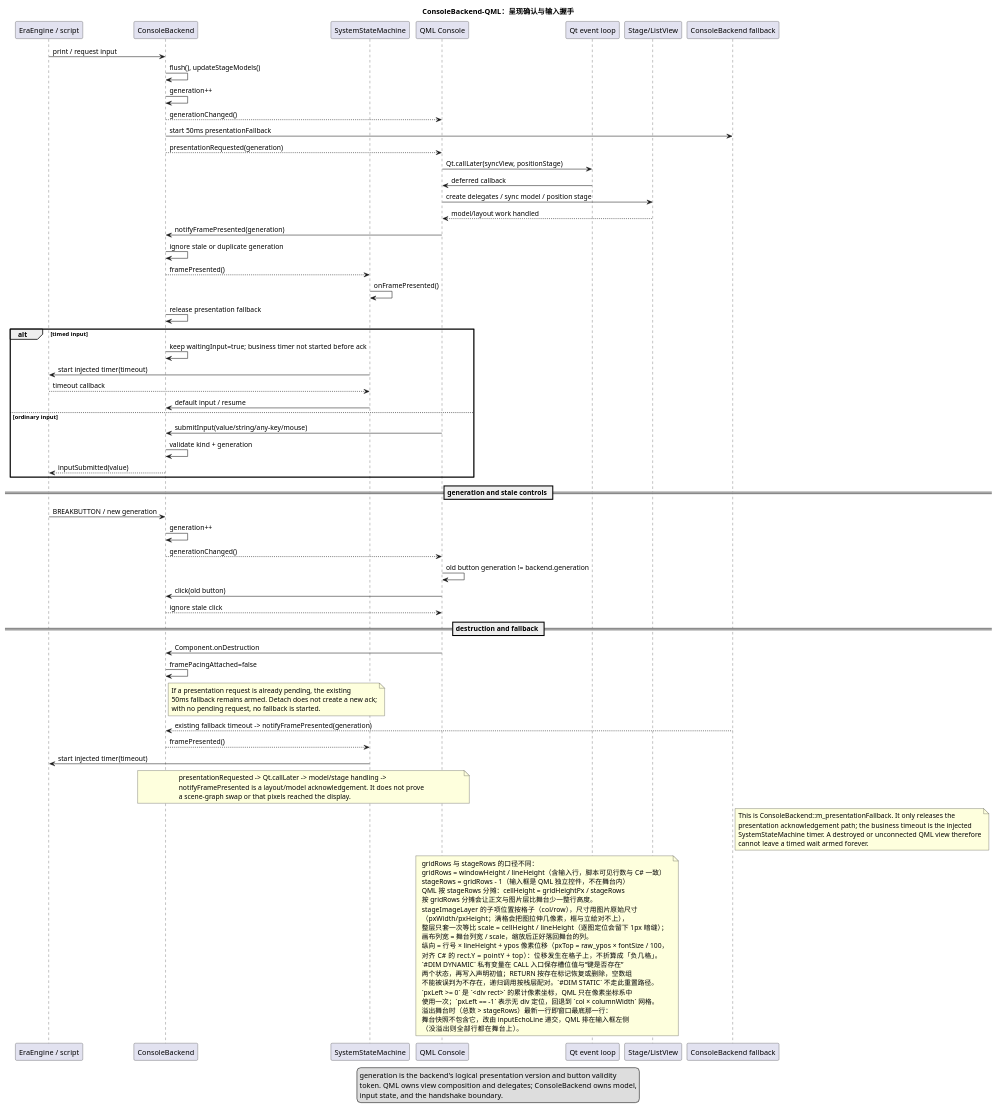
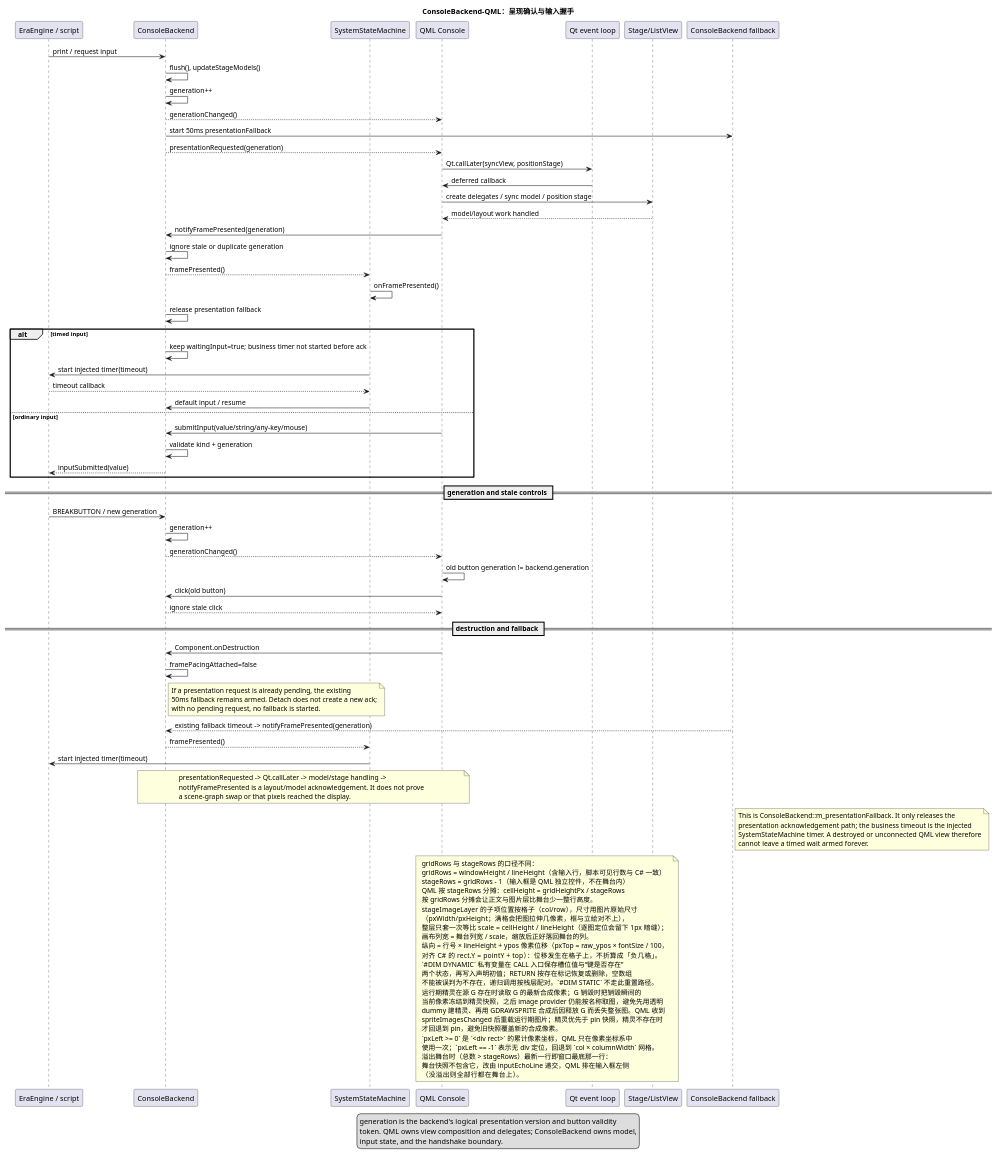
Before and after one commit to yigekuyou/qt-eraemu: the diagram in docs/uml/15-console-qml-handshake.puml, drawn with PlantUML. The commit also changed 13 other files, not shown here.

```diff
--- a/docs/uml/15-console-qml-handshake.puml
+++ b/docs/uml/15-console-qml-handshake.puml
@@ -1,104 +1,109 @@
 @startuml 15-console-qml-handshake
 !pragma layout smetana
 ' ConsoleBackend 与 QML 的 presentation/input 握手。
 ' 来源：GameView/console_backend.h/.cpp, qml/Console.qml, qml/ConsoleBlock.qml
 
 title ConsoleBackend-QML：呈现确认与输入握手
 
 participant "EraEngine / script" as E
 participant "ConsoleBackend" as B
 participant "SystemStateMachine" as S
 participant "QML Console" as C
 participant "Qt event loop" as Qt
 participant "Stage/ListView" as V
 participant "ConsoleBackend fallback" as F
 
 E -> B : print / request input
 B -> B : flush(), updateStageModels()
 B -> B : generation++
 B --> C : generationChanged()
 B -> F : start 50ms presentationFallback
 B --> C : presentationRequested(generation)
 C -> Qt : Qt.callLater(syncView, positionStage)
 Qt -> C : deferred callback
 C -> V : create delegates / sync model / position stage
 V --> C : model/layout work handled
 C -> B : notifyFramePresented(generation)
 B -> B : ignore stale or duplicate generation
 B --> S : framePresented()
 S -> S : onFramePresented()
 B -> B : release presentation fallback
 
 alt timed input
   B -> B : keep waitingInput=true; business timer not started before ack
   S -> E : start injected timer(timeout)
   E --> S : timeout callback
   S -> B : default input / resume
 else ordinary input
   C -> B : submitInput(value/string/any-key/mouse)
   B -> B : validate kind + generation
   B --> E : inputSubmitted(value)
 end
 
 == generation and stale controls ==
 E -> B : BREAKBUTTON / new generation
 B -> B : generation++
 B --> C : generationChanged()
 C -> C : old button generation != backend.generation
 C -> B : click(old button)
 B --> C : ignore stale click
 
 == destruction and fallback ==
 C -> B : Component.onDestruction
 B -> B : framePacingAttached=false
 note right of B
   If a presentation request is already pending, the existing
   50ms fallback remains armed. Detach does not create a new ack;
   with no pending request, no fallback is started.
 end note
 F --> B : existing fallback timeout -> notifyFramePresented(generation)
 B --> S : framePresented()
 S -> E : start injected timer(timeout)
 
 note over B,C
   presentationRequested -> Qt.callLater -> model/stage handling ->
   notifyFramePresented is a layout/model acknowledgement. It does not prove
   a scene-graph swap or that pixels reached the display.
 end note
 
 note right of F
   This is ConsoleBackend::m_presentationFallback. It only releases the
   presentation acknowledgement path; the business timeout is the injected
   SystemStateMachine timer. A destroyed or unconnected QML view therefore
   cannot leave a timed wait armed forever.
 end note
 
 
 note over C,V
   gridRows 与 stageRows 的口径不同：
   gridRows  = windowHeight / lineHeight（含输入行，脚本可见行数与 C# 一致）
   stageRows = gridRows - 1（输入框是 QML 独立控件，不在舞台内）
   QML 按 stageRows 分摊：cellHeight = gridHeightPx / stageRows
   按 gridRows 分摊会让正文与图片层比舞台少一整行高度。
   stageImageLayer 的子项位置按格子（col/row），尺寸用图片原始尺寸
   （pxWidth/pxHeight；满格会把图拉伸几像素，框与立絵对不上），
   整层只套一次等比 scale = cellHeight / lineHeight（逐图定位会留下 1px 暗缝）；
   画布列宽 = 舞台列宽 / scale，缩放后正好落回舞台的列。
   纵向 = 行号 × lineHeight + ypos 像素位移（pxTop = raw_ypos × fontSize / 100，
   对齐 C# 的 rect.Y = pointY + top）：位移发生在格子上，不折算成「负几格」。
   `#DIM DYNAMIC` 私有变量在 CALL 入口保存槽位值与“键是否存在”
   两个状态，再写入声明初值；RETURN 按存在标记恢复或删除，空数组
   不能被误判为不存在，递归调用按栈层配对。`#DIM STATIC` 不走此重置路径。
+  运行期精灵在源 G 存在时读取 G 的最新合成像素；G 销毁时把销毁瞬间的
+  当前像素冻结到精灵快照，之后 image provider 仍能按名称取图，避免先用透明
+  dummy 建精灵、再用 GDRAWSPRITE 合成后因释放 G 而丢失整张图。QML 收到
+  spriteImagesChanged 后重载运行期图片；精灵优先于 pin 快照，精灵不存在时
+  才回退到 pin，避免旧快照覆盖新的合成像素。
   `pxLeft >= 0` 是 `<div rect>` 的累计像素坐标，QML 只在像素坐标系中
   使用一次；`pxLeft == -1` 表示无 div 定位，回退到 `col × columnWidth` 网格。
   溢出舞台时（总数 > stageRows）最新一行即窗口最底那一行：
   舞台快照不包含它，改由 inputEchoLine 递交，QML 排在输入框左侧
   （没溢出则全部行都在舞台上）。
 end note
 
 legend bottom
   generation is the backend's logical presentation version and button validity
   token. QML owns view composition and delegates; ConsoleBackend owns model,
   input state, and the handshake boundary.
 endlegend
 @enduml
```
